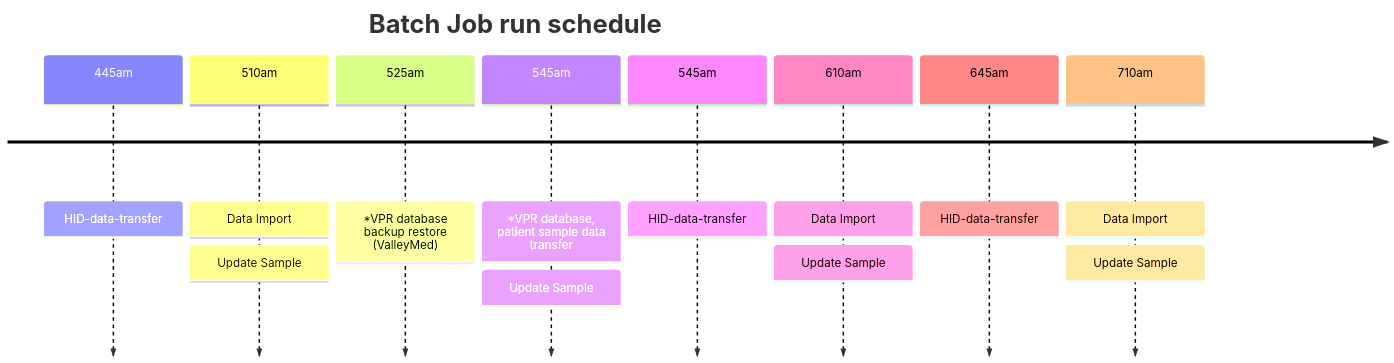
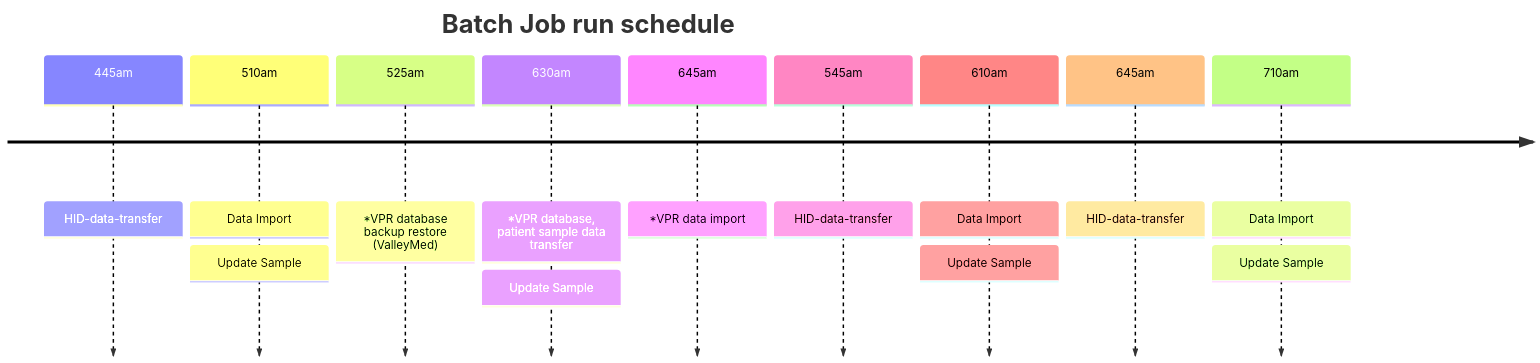
Before and after one commit to Valleymedlabs/HID: the diagram in docs/HID-app/10-Batch.md, drawn with Mermaid. The commit also changed 3 other files, not shown here.

````diff
--- a/docs/HID-app/10-Batch.md
+++ b/docs/HID-app/10-Batch.md
@@ -7,12 +7,13 @@
 ```mermaid
 timeline
     title Batch Job run schedule
     445am : HID-data-transfer
     510am : Data Import : Update Sample
     525am : *VPR database backup restore (ValleyMed)
-    545am : *VPR database, patient sample data transfer : Update Sample 
+    630am : *VPR database, patient sample data transfer : Update Sample
+    645am : *VPR data import
     545am : HID-data-transfer
     610am : Data Import : Update Sample
     645am : HID-data-transfer
     710am : Data Import : Update Sample
 ```
````
